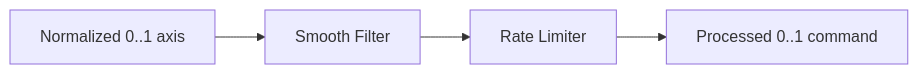
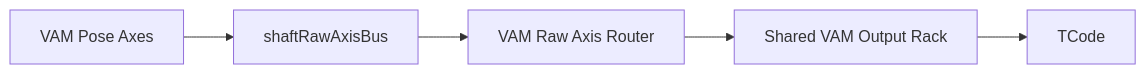
Before and after one commit to FrogThe2nd/f8studio: the seventh of 8 diagrams in docs/scenarios/vam-male-referenced-motion.md, drawn with Mermaid. The commit also changed other lines of this file and 3 other files, not shown here.

Commit message:
Unify VAM branch output rack docs

````diff
--- a/docs/scenarios/vam-male-referenced-motion.md
+++ b/docs/scenarios/vam-male-referenced-motion.md
@@ -1595,6 +1565,7 @@
 ```mermaid
 flowchart LR
-    Norm["Normalized 0..1 axis"] --> Smooth["Smooth Filter"]
-    Smooth --> Limit["Rate Limiter"]
-    Limit --> Cmd["Processed 0..1 command"]
+    Axes["VAM Pose Axes"] --> Bus["shaftRawAxisBus"]
+    Bus --> Router["VAM Raw Axis Router"]
+    Router --> Rack["Shared VAM Output Rack"]
+    Rack --> TCode["TCode"]
 ```
````
